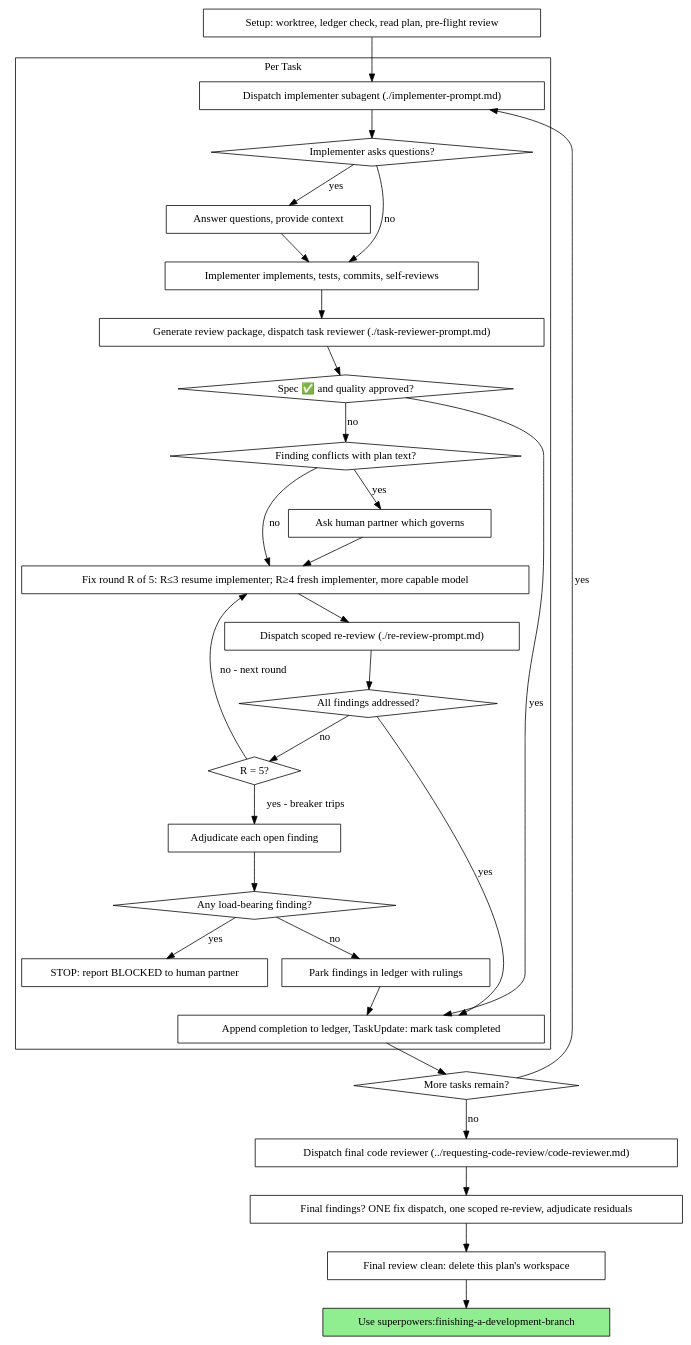
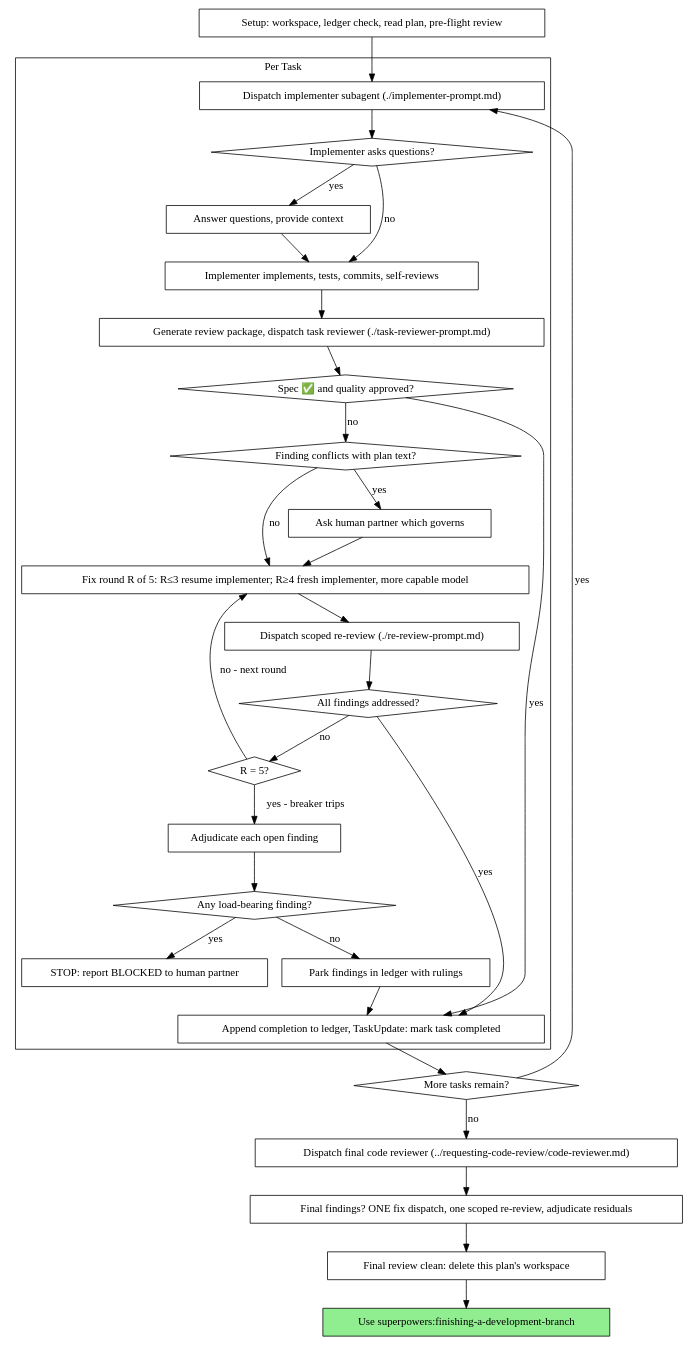
One commit to braseidon/superpowers changed the second of 2 diagrams in skills/subagent-driven-development/SKILL.md. Above: the diagram before and after it, drawn with Graphviz. The commit also changed other lines of this file and 6 other files, not shown here.

````diff
--- a/skills/subagent-driven-development/SKILL.md
+++ b/skills/subagent-driven-development/SKILL.md
@@ -46,62 +46,62 @@
 ```dot
 digraph process {
     rankdir=TB;
 
     subgraph cluster_per_task {
         label="Per Task";
         "Dispatch implementer subagent (./implementer-prompt.md)" [shape=box];
         "Implementer asks questions?" [shape=diamond];
         "Answer questions, provide context" [shape=box];
         "Implementer implements, tests, commits, self-reviews" [shape=box];
         "Generate review package, dispatch task reviewer (./task-reviewer-prompt.md)" [shape=box];
         "Spec ✅ and quality approved?" [shape=diamond];
         "Finding conflicts with plan text?" [shape=diamond];
         "Ask human partner which governs" [shape=box];
         "Fix round R of 5: R≤3 resume implementer; R≥4 fresh implementer, more capable model" [shape=box];
         "Dispatch scoped re-review (./re-review-prompt.md)" [shape=box];
         "All findings addressed?" [shape=diamond];
         "R = 5?" [shape=diamond];
         "Adjudicate each open finding" [shape=box];
         "Any load-bearing finding?" [shape=diamond];
         "STOP: report BLOCKED to human partner" [shape=box];
         "Park findings in ledger with rulings" [shape=box];
         "Append completion to ledger, TaskUpdate: mark task completed" [shape=box];
     }
 
-    "Setup: worktree, ledger check, read plan, pre-flight review" [shape=box];
+    "Setup: workspace, ledger check, read plan, pre-flight review" [shape=box];
     "More tasks remain?" [shape=diamond];
     "Dispatch final code reviewer (../requesting-code-review/code-reviewer.md)" [shape=box];
     "Final findings? ONE fix dispatch, one scoped re-review, adjudicate residuals" [shape=box];
     "Final review clean: delete this plan's workspace" [shape=box];
     "Use superpowers:finishing-a-development-branch" [shape=box style=filled fillcolor=lightgreen];
 
-    "Setup: worktree, ledger check, read plan, pre-flight review" -> "Dispatch implementer subagent (./implementer-prompt.md)";
+    "Setup: workspace, ledger check, read plan, pre-flight review" -> "Dispatch implementer subagent (./implementer-prompt.md)";
     "Dispatch implementer subagent (./implementer-prompt.md)" -> "Implementer asks questions?";
     "Implementer asks questions?" -> "Answer questions, provide context" [label="yes"];
     "Answer questions, provide context" -> "Implementer implements, tests, commits, self-reviews";
     "Implementer asks questions?" -> "Implementer implements, tests, commits, self-reviews" [label="no"];
     "Implementer implements, tests, commits, self-reviews" -> "Generate review package, dispatch task reviewer (./task-reviewer-prompt.md)";
     "Generate review package, dispatch task reviewer (./task-reviewer-prompt.md)" -> "Spec ✅ and quality approved?";
     "Spec ✅ and quality approved?" -> "Append completion to ledger, TaskUpdate: mark task completed" [label="yes"];
     "Spec ✅ and quality approved?" -> "Finding conflicts with plan text?" [label="no"];
     "Finding conflicts with plan text?" -> "Ask human partner which governs" [label="yes"];
     "Ask human partner which governs" -> "Fix round R of 5: R≤3 resume implementer; R≥4 fresh implementer, more capable model";
     "Finding conflicts with plan text?" -> "Fix round R of 5: R≤3 resume implementer; R≥4 fresh implementer, more capable model" [label="no"];
     "Fix round R of 5: R≤3 resume implementer; R≥4 fresh implementer, more capable model" -> "Dispatch scoped re-review (./re-review-prompt.md)";
     "Dispatch scoped re-review (./re-review-prompt.md)" -> "All findings addressed?";
     "All findings addressed?" -> "Append completion to ledger, TaskUpdate: mark task completed" [label="yes"];
     "All findings addressed?" -> "R = 5?" [label="no"];
     "R = 5?" -> "Fix round R of 5: R≤3 resume implementer; R≥4 fresh implementer, more capable model" [label="no - next round"];
     "R = 5?" -> "Adjudicate each open finding" [label="yes - breaker trips"];
     "Adjudicate each open finding" -> "Any load-bearing finding?";
     "Any load-bearing finding?" -> "STOP: report BLOCKED to human partner" [label="yes"];
     "Any load-bearing finding?" -> "Park findings in ledger with rulings" [label="no"];
     "Park findings in ledger with rulings" -> "Append completion to ledger, TaskUpdate: mark task completed";
     "Append completion to ledger, TaskUpdate: mark task completed" -> "More tasks remain?";
     "More tasks remain?" -> "Dispatch implementer subagent (./implementer-prompt.md)" [label="yes"];
     "More tasks remain?" -> "Dispatch final code reviewer (../requesting-code-review/code-reviewer.md)" [label="no"];
     "Dispatch final code reviewer (../requesting-code-review/code-reviewer.md)" -> "Final findings? ONE fix dispatch, one scoped re-review, adjudicate residuals";
     "Final findings? ONE fix dispatch, one scoped re-review, adjudicate residuals" -> "Final review clean: delete this plan's workspace";
     "Final review clean: delete this plan's workspace" -> "Use superpowers:finishing-a-development-branch";
 }
 ```
````
